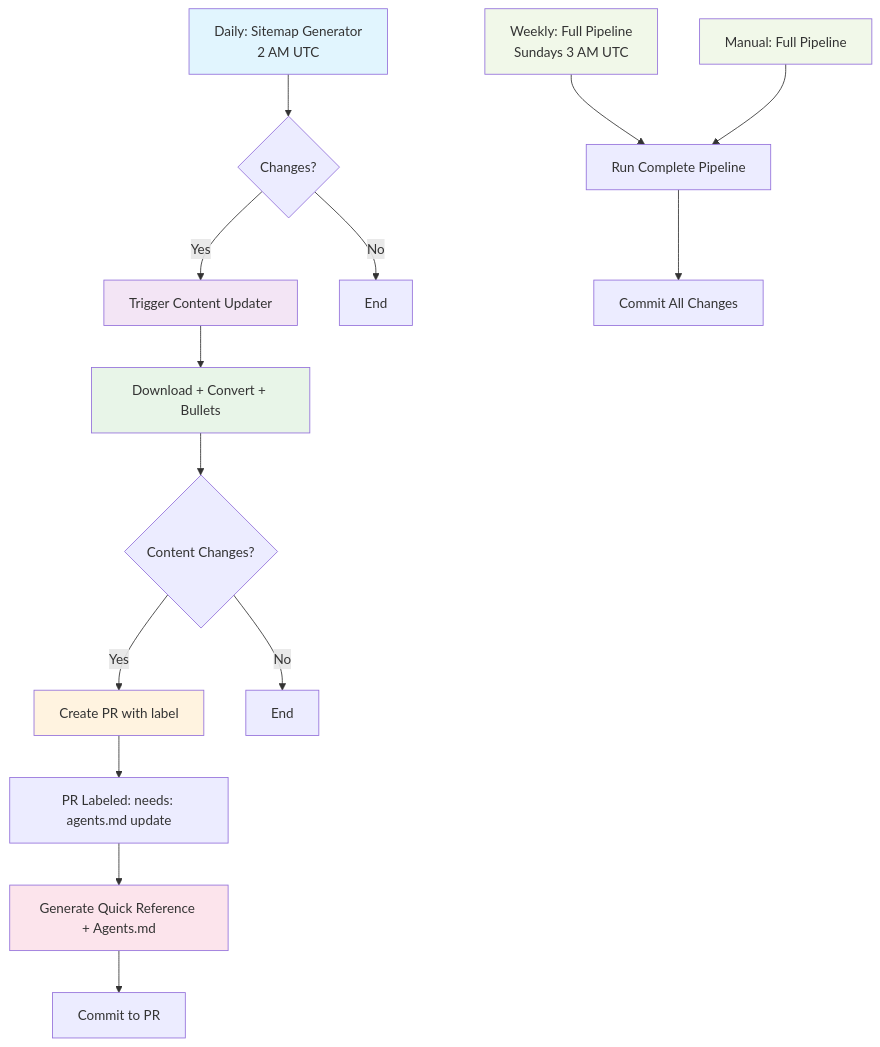
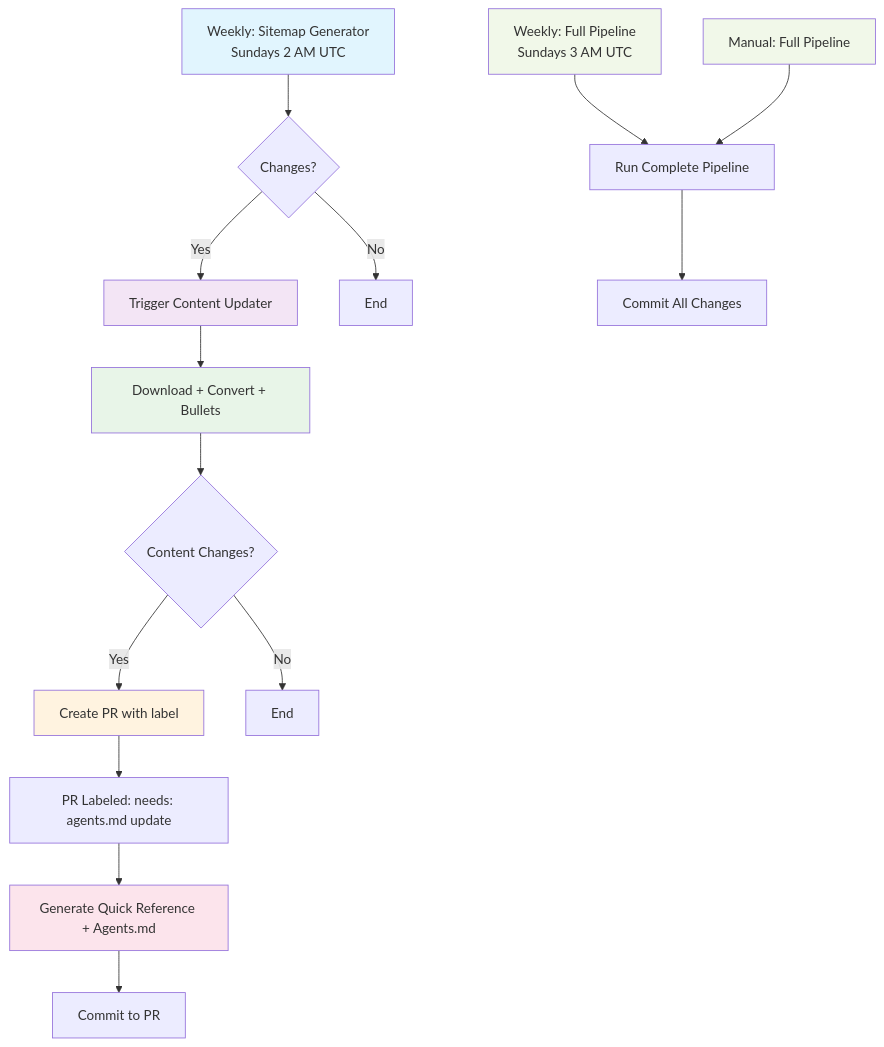
The second of 2 diagrams in README.md (ronaldtebrake/surge), drawn with Mermaid before and after one commit. The commit also changed other lines of this file and 6 other files, not shown here.

````diff
--- a/README.md
+++ b/README.md
@@ -208,28 +204,28 @@
 ```mermaid
 graph TD
-    A[Daily: Sitemap Generator<br/>2 AM UTC] --> B{Changes?}
+    A[Weekly: Sitemap Generator<br/>Sundays 2 AM UTC] --> B{Changes?}
     B -->|Yes| C[Trigger Content Updater]
     B -->|No| D[End]
     
     C --> E[Download + Convert + Bullets]
     E --> F{Content Changes?}
     F -->|Yes| G[Create PR with label]
     F -->|No| H[End]
     
     G --> I[PR Labeled: needs: agents.md update]
     I --> J[Generate Quick Reference + Agents.md]
     J --> K[Commit to PR]
     
     L[Weekly: Full Pipeline<br/>Sundays 3 AM UTC] --> M[Run Complete Pipeline]
     M --> N[Commit All Changes]
     
     O[Manual: Full Pipeline] --> M
     
     style A fill:#e1f5fe
     style C fill:#f3e5f5
     style E fill:#e8f5e8
     style G fill:#fff3e0
     style J fill:#fce4ec
     style L fill:#f1f8e9
     style O fill:#f1f8e9
 ```
````
